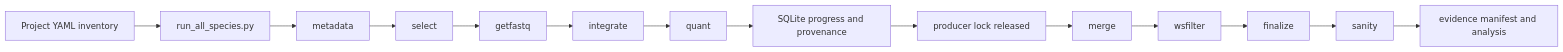
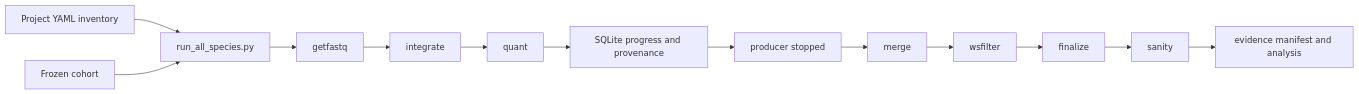
One commit to docxology/MetaInformAnt changed the diagram in docs/rna/ORCHESTRATION.md. Above: the diagram before and after it, drawn with Mermaid. The commit also changed other lines of this file and 235 other files, not shown here.

First line of the commit message:
docs: describe the frozen-cohort lane as it runs; fix commands that fail

````diff
--- a/docs/rna/ORCHESTRATION.md
+++ b/docs/rna/ORCHESTRATION.md
@@ -10,16 +10,15 @@
 ```mermaid
 flowchart LR
     C[Project YAML inventory] --> P[run_all_species.py]
-    P --> M[metadata]
-    M --> S[select]
-    S --> G[getfastq]
+    K[Frozen cohort] --> P
+    P --> G[getfastq]
     G --> I[integrate]
     I --> Q[quant]
     Q --> L[SQLite progress and provenance]
-    L --> R[producer lock released]
+    L --> R[producer stopped]
     R --> D[merge]
     D --> W[wsfilter]
     W --> F[finalize]
     F --> Y[sanity]
     Y --> E[evidence manifest and analysis]
 ```
````
